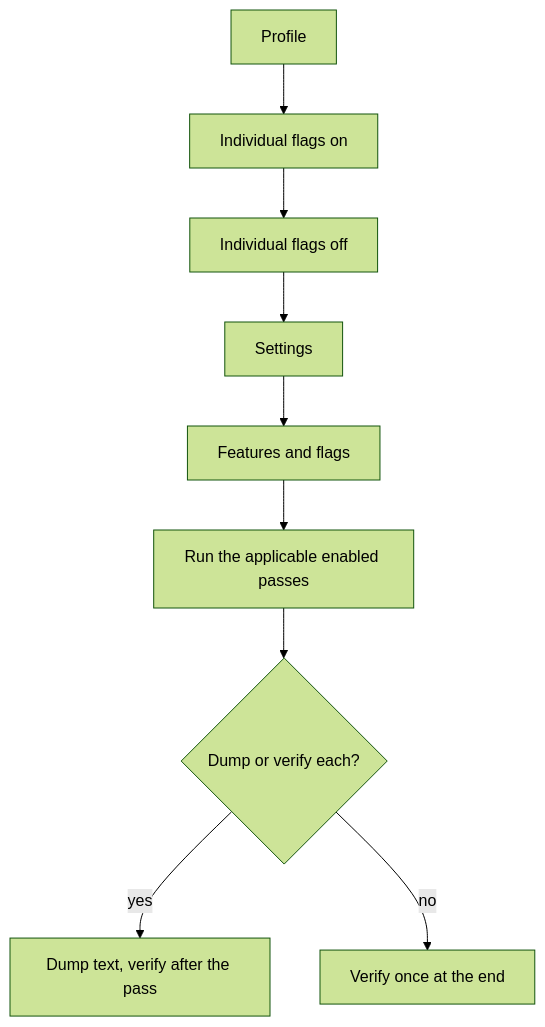
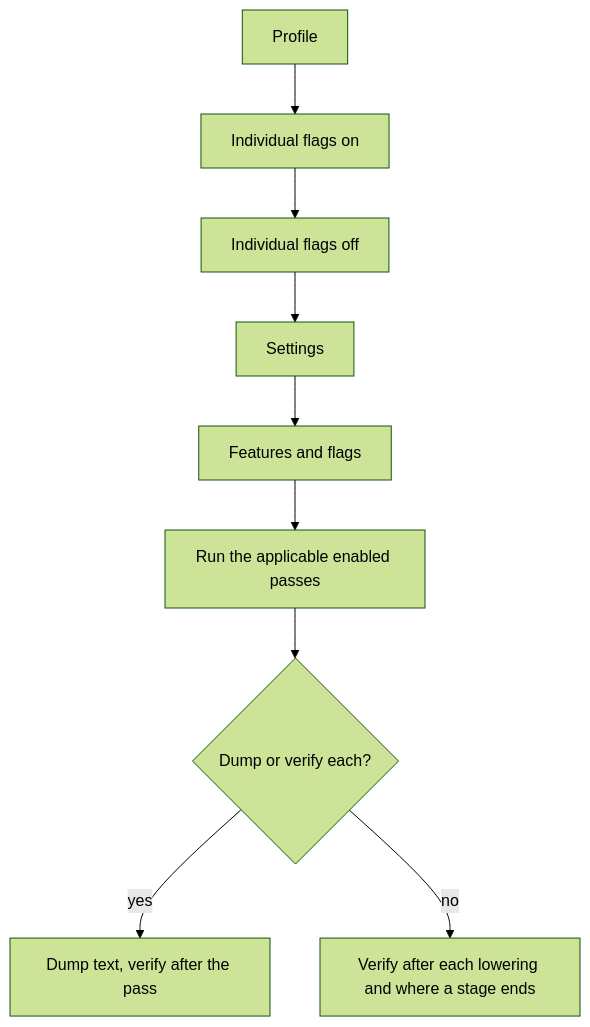
Before and after one commit to syntaxir/syntaxir: the second of 2 diagrams in docs/design/pass-pipeline.md, drawn with Mermaid (forest theme). The commit also changed other lines of this file and 3 other files, not shown here.

````diff
--- a/docs/design/pass-pipeline.md
+++ b/docs/design/pass-pipeline.md
@@ -232,9 +237,9 @@
 ```mermaid
 flowchart TD
   P[Profile] --> O[Individual flags on] --> N[Individual flags off] --> S[Settings]
   S --> M[Features and flags]
   M --> R[Run the applicable enabled passes]
   R --> D{Dump or verify each?}
   D -- yes --> X[Dump text, verify after the pass]
-  D -- no --> Y[Verify once at the end]
+  D -- no --> Y[Verify after each lowering and where a stage ends]
 ```
````
